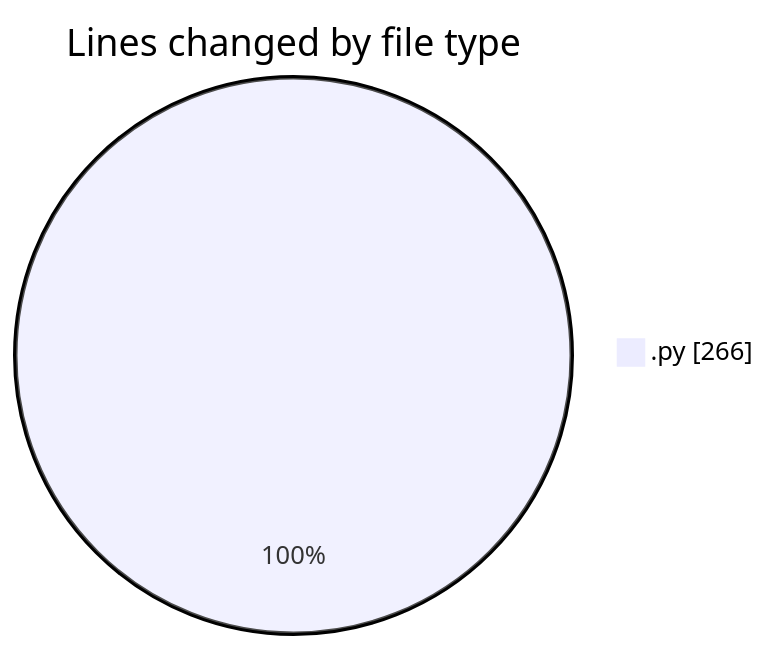
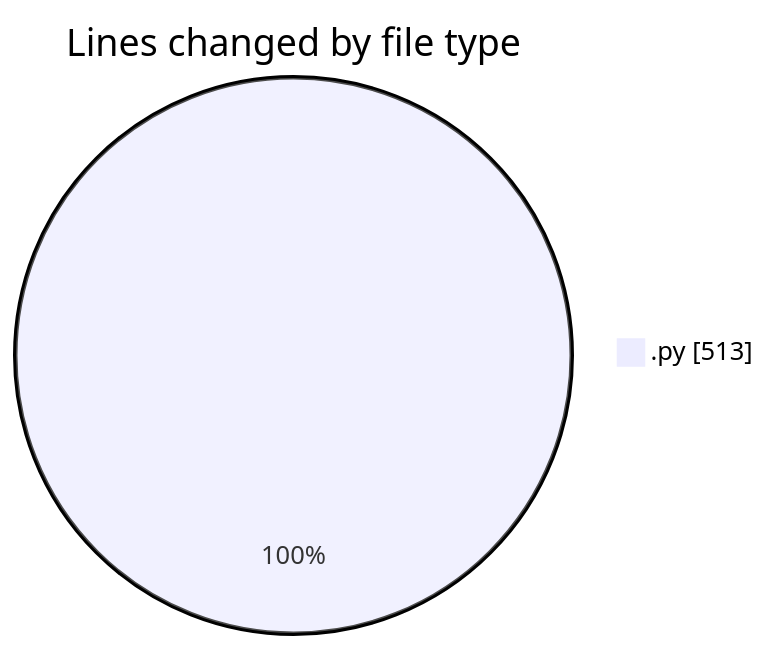
The first of 2 diagrams in 2025-07-21/reg/README.md (lephambinh05/code-tracking), drawn with Mermaid before and after one commit. The commit also changed other lines of this file and 1 other file, not shown here.

````diff
--- a/2025-07-21/reg/README.md
+++ b/2025-07-21/reg/README.md
@@ -21,5 +22,5 @@
 ```mermaid
 pie showData
 title Lines changed by file type
-".py" : 266
+".py" : 513
 ```
````
